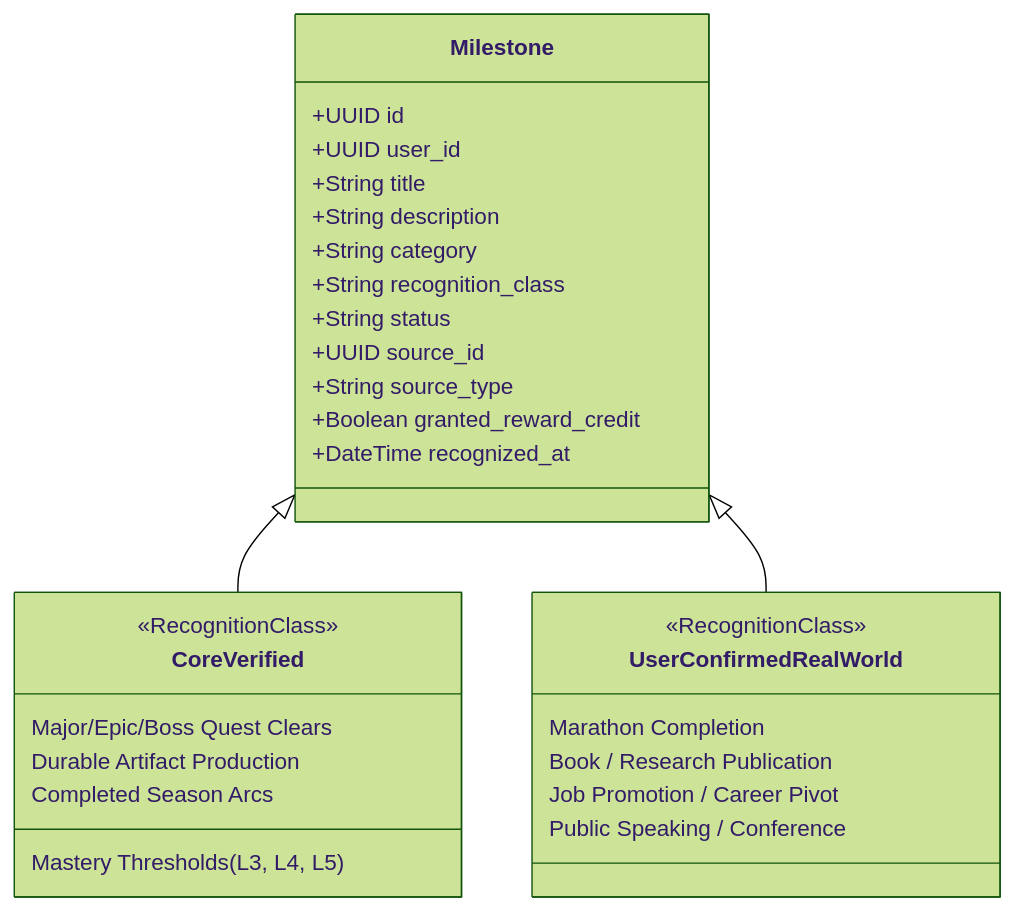
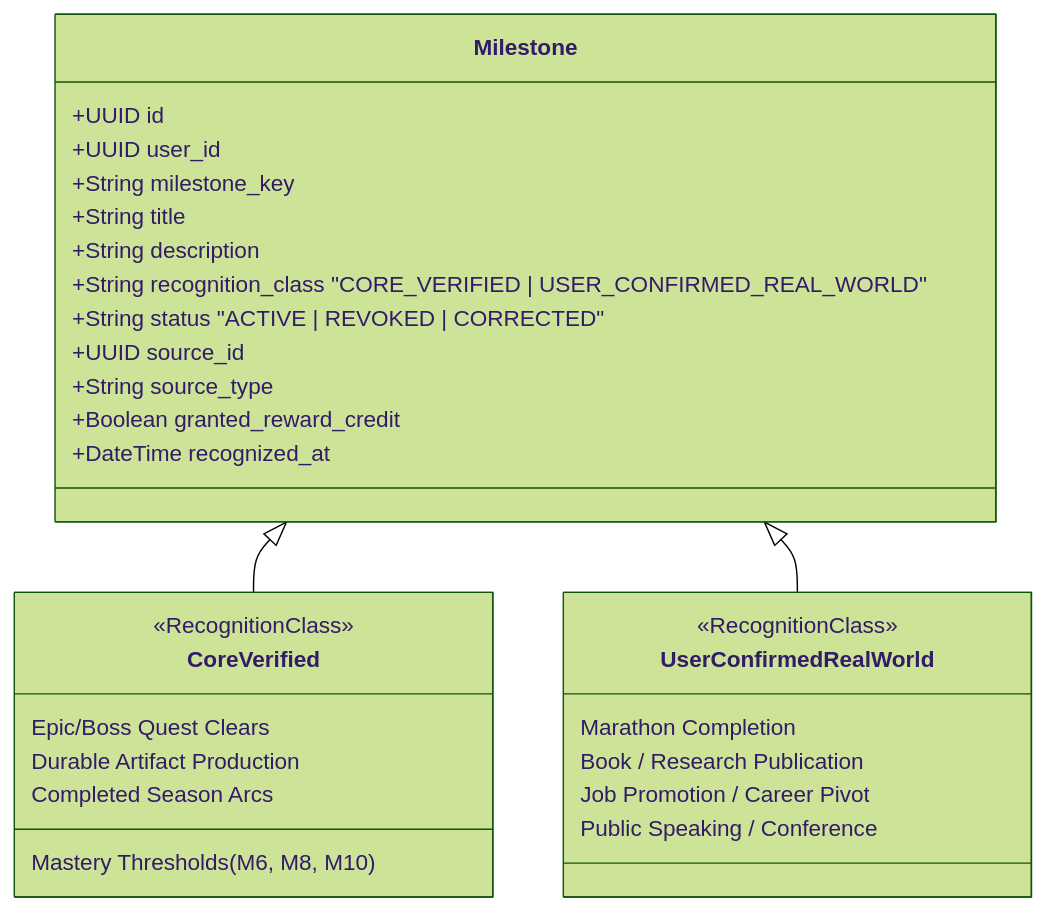
The diagram in docs/Phase8/07_MILESTONE_ACHIEVEMENT_SPEC.md (Daylily-Huang/AI-Personal-Growth-RPG), drawn with Mermaid (forest theme) before and after one commit. The commit also changed other lines of this file and 11 other files, not shown here.

````diff
--- a/docs/Phase8/07_MILESTONE_ACHIEVEMENT_SPEC.md
+++ b/docs/Phase8/07_MILESTONE_ACHIEVEMENT_SPEC.md
@@ -21,32 +21,32 @@
 ```mermaid
 classDiagram
     class Milestone {
         +UUID id
         +UUID user_id
+        +String milestone_key
         +String title
         +String description
-        +String category
-        +String recognition_class
-        +String status
+        +String recognition_class "CORE_VERIFIED | USER_CONFIRMED_REAL_WORLD"
+        +String status "ACTIVE | REVOKED | CORRECTED"
         +UUID source_id
         +String source_type
         +Boolean granted_reward_credit
         +DateTime recognized_at
     }
     class CoreVerified {
         <<RecognitionClass>>
-        Mastery Thresholds (L3, L4, L5)
-        Major/Epic/Boss Quest Clears
+        Mastery Thresholds (M6, M8, M10)
+        Epic/Boss Quest Clears
         Durable Artifact Production
         Completed Season Arcs
     }
     class UserConfirmedRealWorld {
         <<RecognitionClass>>
         Marathon Completion
         Book / Research Publication
         Job Promotion / Career Pivot
         Public Speaking / Conference
     }
     Milestone <|-- CoreVerified
     Milestone <|-- UserConfirmedRealWorld
 ```
````
